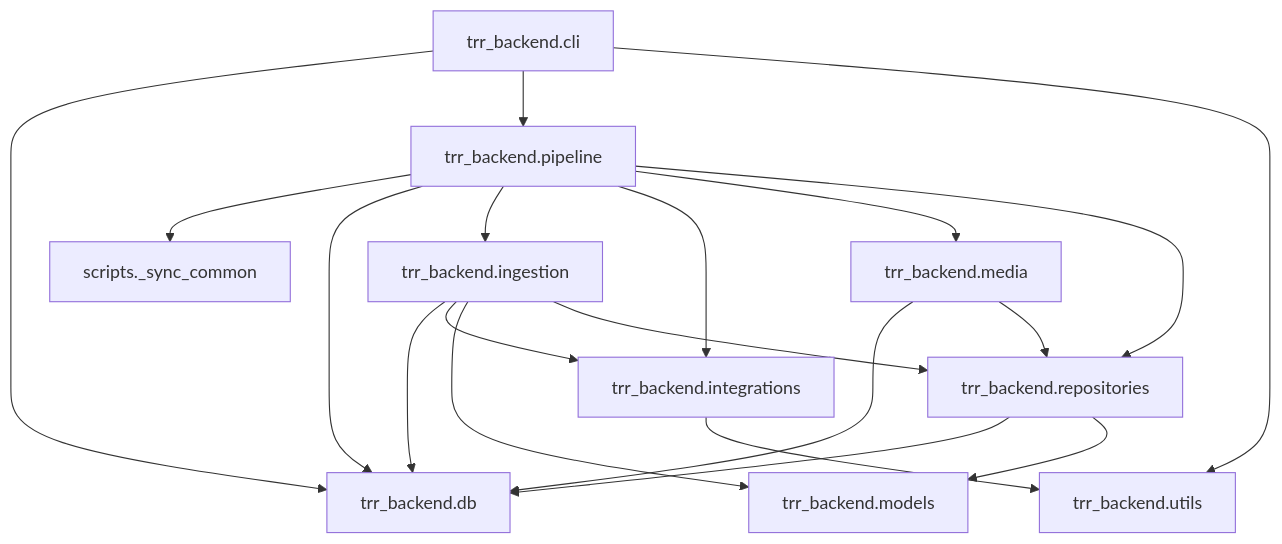
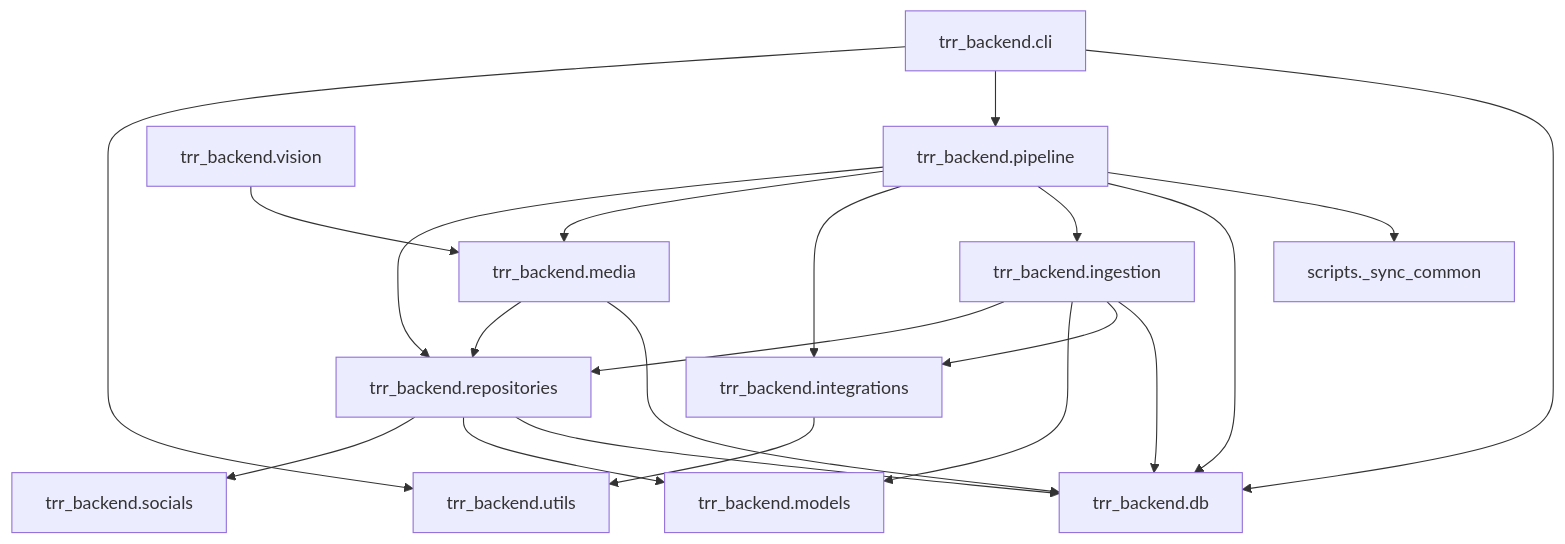
The diagram in docs/Repository/generated/CODE_IMPORT_GRAPH.md (therealityreport/trr-backend), drawn with Mermaid before and after one commit. The commit also changed 9 other files, not shown here.

Commit message:
docs: refresh generated repository map and schema diagrams

````diff
--- a/docs/Repository/generated/CODE_IMPORT_GRAPH.md
+++ b/docs/Repository/generated/CODE_IMPORT_GRAPH.md
@@ -3,32 +3,36 @@
 ```mermaid
 flowchart TB
     n0["scripts._sync_common"]
     n1["trr_backend.cli"]
     n2["trr_backend.db"]
     n3["trr_backend.ingestion"]
     n4["trr_backend.integrations"]
     n5["trr_backend.media"]
     n6["trr_backend.models"]
     n7["trr_backend.pipeline"]
     n8["trr_backend.repositories"]
-    n9["trr_backend.utils"]
+    n9["trr_backend.socials"]
+    n10["trr_backend.utils"]
+    n11["trr_backend.vision"]
 
     n1 --> n2
     n1 --> n7
-    n1 --> n9
+    n1 --> n10
     n3 --> n2
     n3 --> n4
     n3 --> n6
     n3 --> n8
-    n4 --> n9
+    n4 --> n10
     n5 --> n2
     n5 --> n8
     n7 --> n0
     n7 --> n2
     n7 --> n3
     n7 --> n4
     n7 --> n5
     n7 --> n8
     n8 --> n2
     n8 --> n6
+    n8 --> n9
+    n11 --> n5
 ```
````
